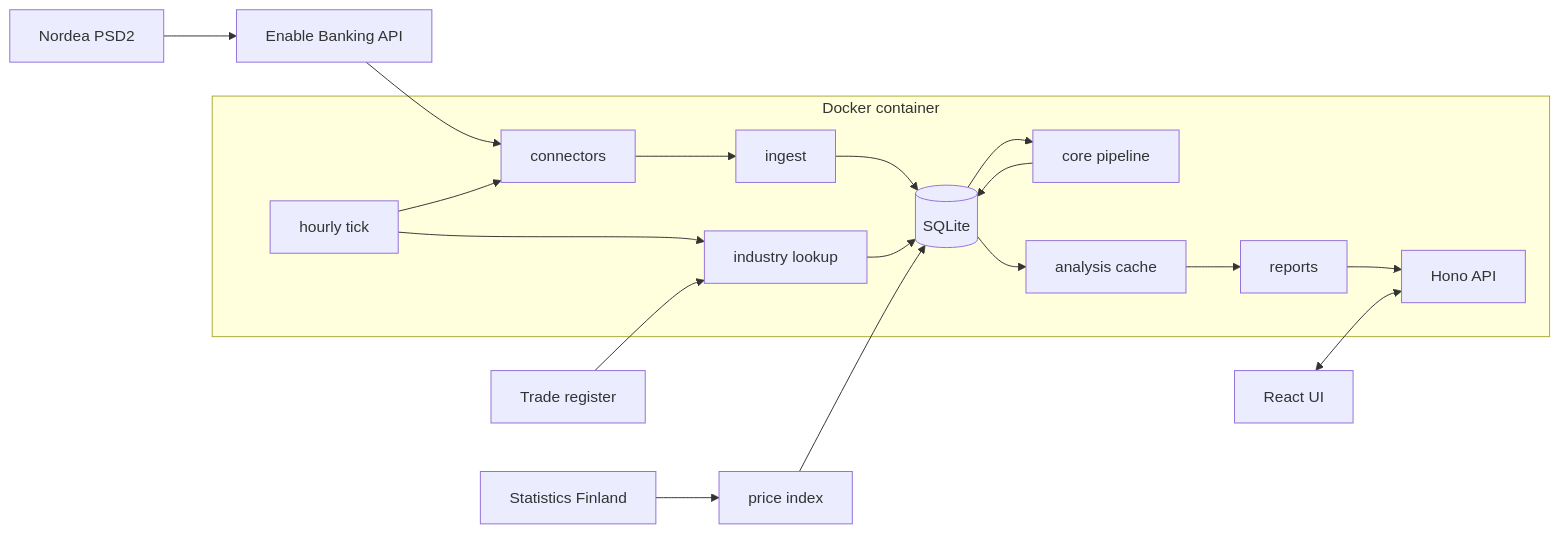
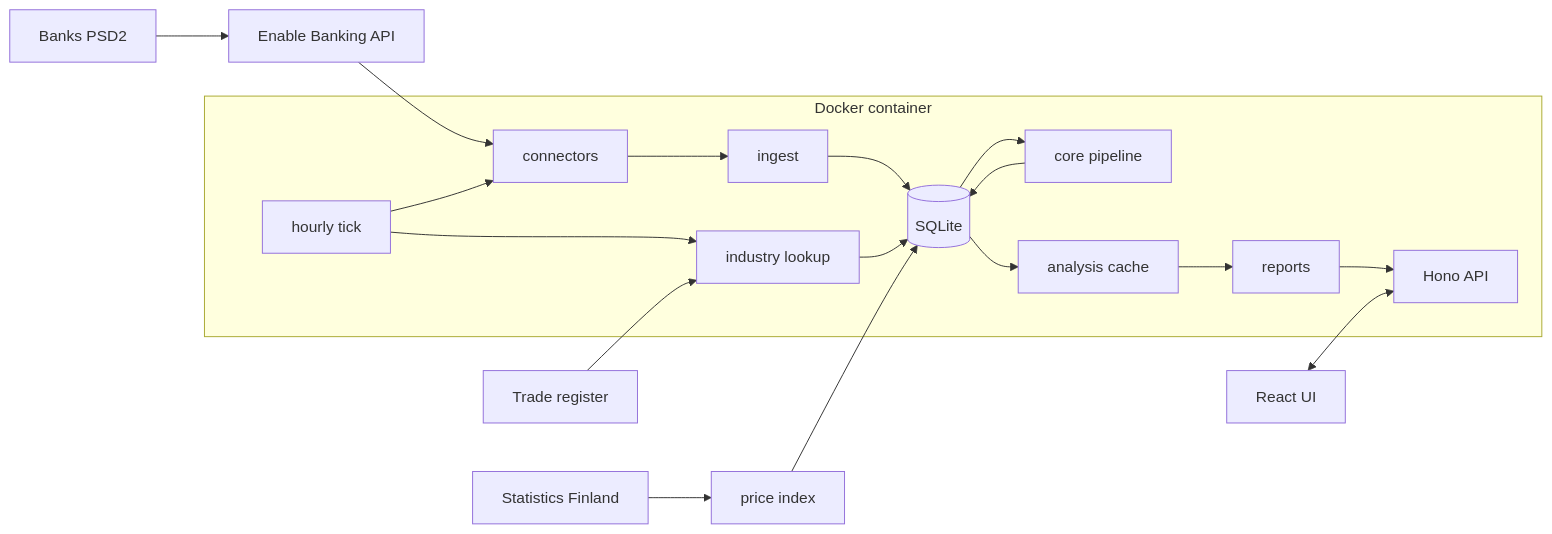
Before and after one commit to jouni-mikkola/omatalous: the diagram in docs/ARCHITECTURE.md, drawn with Mermaid. The commit also changed other lines of this file, not shown here.

First line of the commit message:
T90 Architecture says what is

````diff
--- a/docs/ARCHITECTURE.md
+++ b/docs/ARCHITECTURE.md
@@ -70,15 +70,15 @@
 ```mermaid
 flowchart LR
-  N[Nordea PSD2] --> EB[Enable Banking API] --> P
+  N[Banks PSD2] --> EB[Enable Banking API] --> P
   subgraph Container["Docker container"]
     P[connectors] --> I[ingest] --> DB[(SQLite)]
     DB --> E[core pipeline] --> DB
     DB --> C[analysis cache] --> R[reports] --> API[Hono API]
     S[hourly tick] --> P
     S --> L[industry lookup] --> DB
   end
   PRH[Trade register] --> L
   STAT[Statistics Finland] --> PI[price index]
   PI --> DB
   UI[React UI] <--> API
 ```
````
